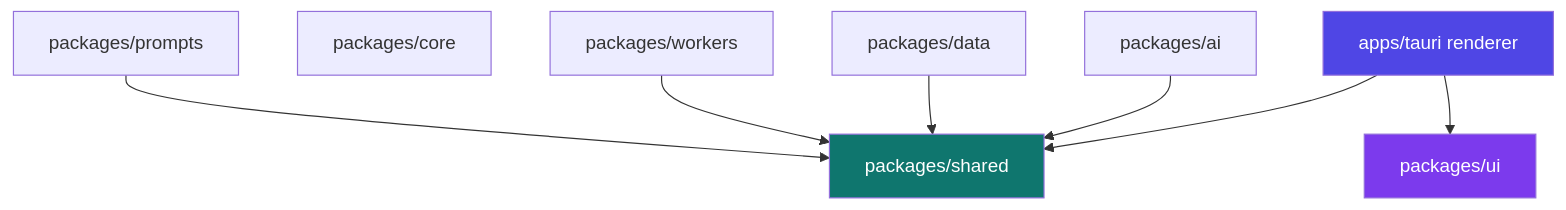
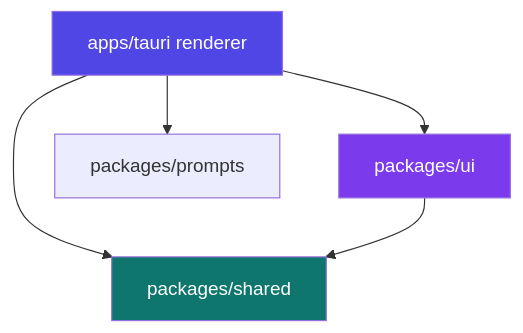
Before and after one commit to saeedkolivand/ai-job-hunter-app: the seventh of 7 diagrams in docs/ARCHITECTURE.md, drawn with Mermaid. The commit also changed other lines of this file and 36 other files, not shown here.

First line of the commit message:
chore: delete orphaned @ajh/core, ai, data, workers packages

````diff
--- a/docs/ARCHITECTURE.md
+++ b/docs/ARCHITECTURE.md
@@ -487,22 +410,16 @@
 ```mermaid
 graph TD
     Renderer["apps/tauri renderer"]
     Shared["packages/shared"]
     UI["packages/ui"]
-    Core["packages/core"]
-    AI["packages/ai"]
-    Data["packages/data"]
     Prompts["packages/prompts"]
-    Workers["packages/workers"]
 
     Renderer --> Shared
     Renderer --> UI
-    AI --> Shared
-    Data --> Shared
-    Workers --> Shared
-    Prompts --> Shared
+    Renderer --> Prompts
+    UI --> Shared
 
     style Renderer fill:#4f46e5,color:#fff
     style UI fill:#7c3aed,color:#fff
     style Shared fill:#0f766e,color:#fff
 ```
````
